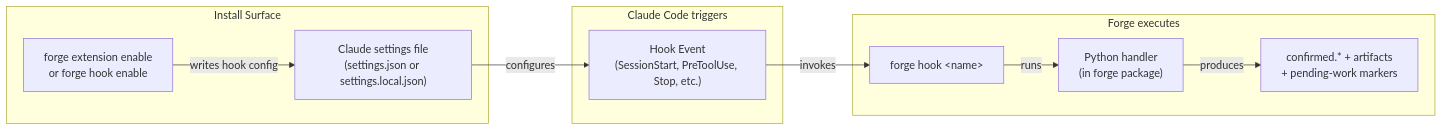
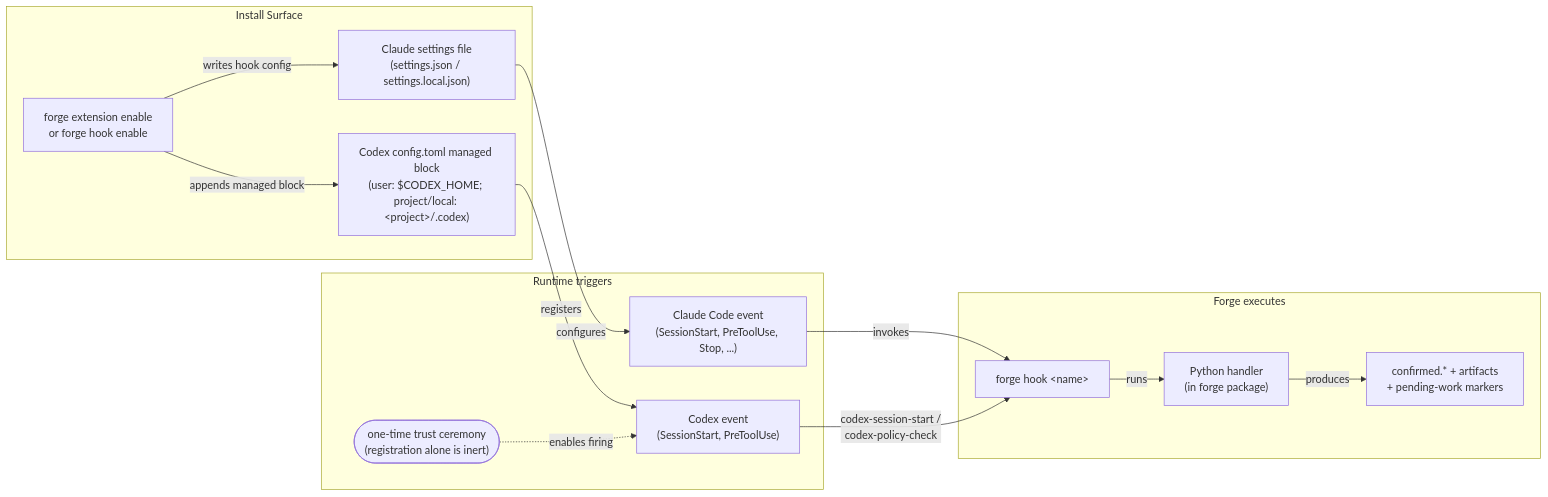
One commit to hapa1i/multi-forge changed the fifth of 10 diagrams in docs/diagrams.md. Above: the diagram before and after it, drawn with Mermaid. The commit also changed other lines of this file and 140 other files, not shown here.

First line of the commit message:
codex_frontend: Codex as a first-class alternate runtime (Phases 0-6 + review fixes) (#26)

````diff
--- a/docs/diagrams.md
+++ b/docs/diagrams.md
@@ -211,23 +221,30 @@
 ```mermaid
 flowchart LR
     subgraph Installation["Install Surface"]
         Installer["forge extension enable<br/>or forge hook enable"]
-        Settings["Claude settings file<br/>(settings.json or settings.local.json)"]
+        Settings["Claude settings file<br/>(settings.json / settings.local.json)"]
+        CodexCfg["Codex config.toml managed block<br/>(user: $CODEX_HOME; project/local: &lt;project&gt;/.codex)"]
         Installer -->|writes hook config| Settings
+        Installer -->|appends managed block| CodexCfg
     end
 
-    subgraph Runtime["Claude Code triggers"]
-        Event["Hook Event<br/>(SessionStart, PreToolUse, Stop, etc.)"]
+    subgraph Triggers["Runtime triggers"]
+        ClaudeEvt["Claude Code event<br/>(SessionStart, PreToolUse, Stop, ...)"]
+        CodexEvt["Codex event<br/>(SessionStart, PreToolUse)"]
+        Enroll(["one-time trust ceremony<br/>(registration alone is inert)"])
     end
 
     subgraph Execution["Forge executes"]
         CLI2["forge hook &lt;name&gt;"]
         Handler["Python handler<br/>(in forge package)"]
         Outputs["confirmed.* + artifacts<br/>+ pending-work markers"]
     end
 
-    Settings -->|configures| Event
-    Event -->|invokes| CLI2
+    Settings -->|configures| ClaudeEvt
+    CodexCfg -->|registers| CodexEvt
+    Enroll -.->|enables firing| CodexEvt
+    ClaudeEvt -->|invokes| CLI2
+    CodexEvt -->|"codex-session-start /<br/>codex-policy-check"| CLI2
     CLI2 -->|runs| Handler
     Handler -->|produces| Outputs
 ```
````
